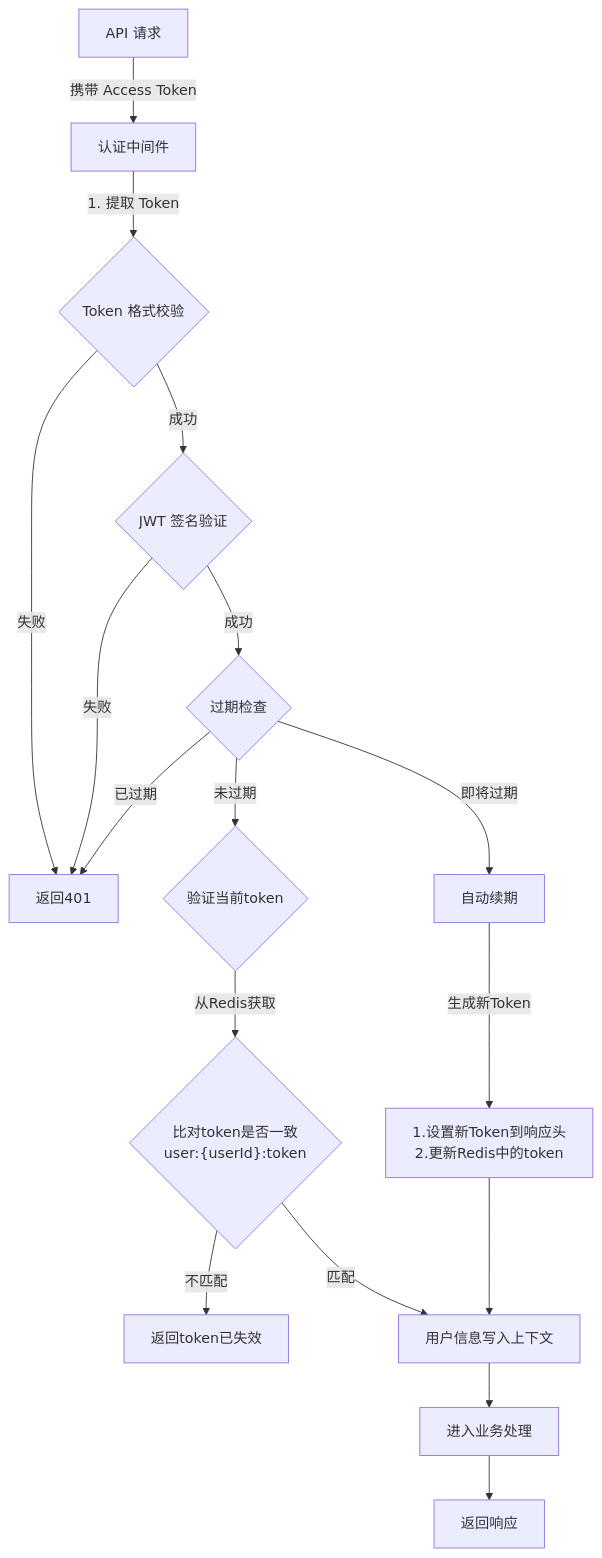
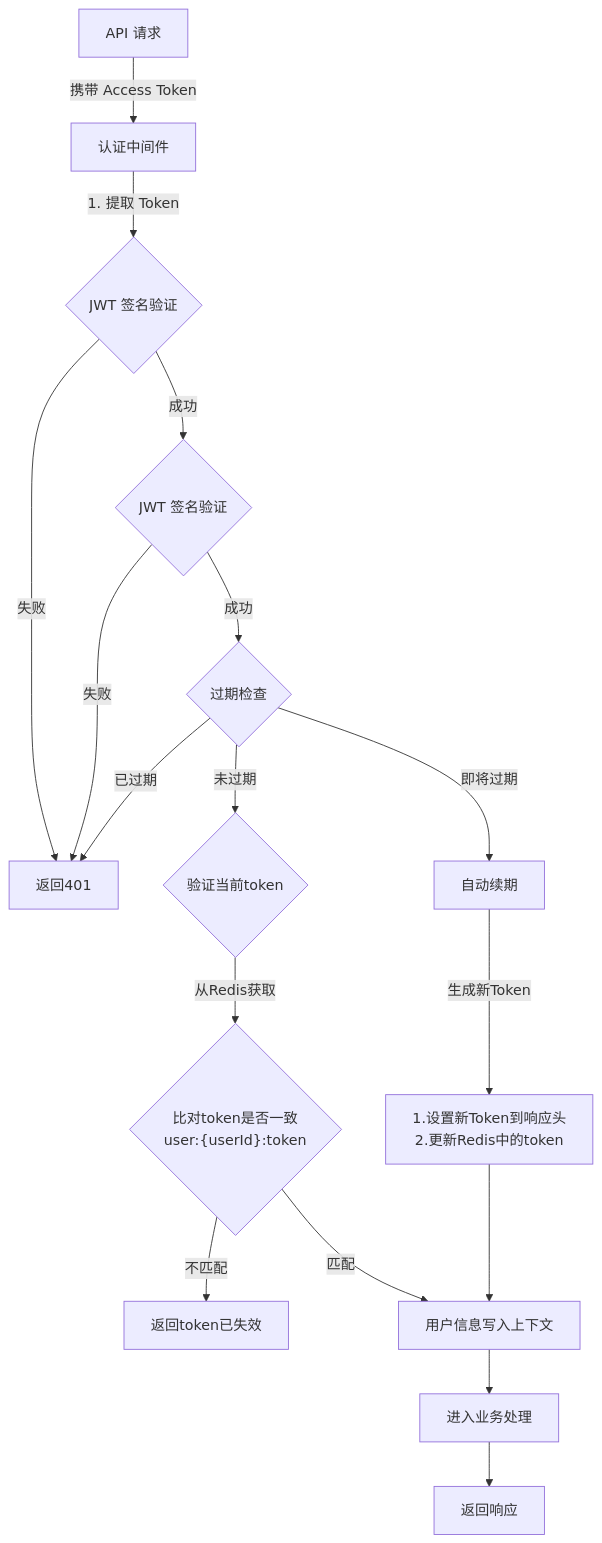
The diagram in all/未命名-15.md (yingjianzh/iodraw-files), drawn with Mermaid before and after one commit.

Commit message:
2025-01-03 10:51:56 update

````diff
--- a/all/未命名-15.md
+++ b/all/未命名-15.md
@@ -1,26 +1,26 @@
 ```mermaid
 flowchart TD
     A[API 请求] -->|携带 Access Token| B[认证中间件]
-    B -->|1. 提取 Token| C{Token 格式校验}
+    B -->|1. 提取 Token| C{JWT 签名验证}
     C -->|失败| D[返回401]
     C -->|成功| E{JWT 签名验证}
     E -->|失败| D
     E -->|成功| F{过期检查}
     
     F -->|已过期| D
     F -->|即将过期| G[自动续期]
     F -->|未过期| H{验证当前token}
     
     H -->|从Redis获取| I{"比对token是否一致
     user:{userId}:token"}
     I -->|不匹配| J[返回token已失效]
     I -->|匹配| K[用户信息写入上下文]
     K --> L[进入业务处理]
     L --> N[返回响应]
     
     G -->|生成新Token| M["1.设置新Token到响应头
     2.更新Redis中的token"]
     M --> K
 
     
 ```
````
